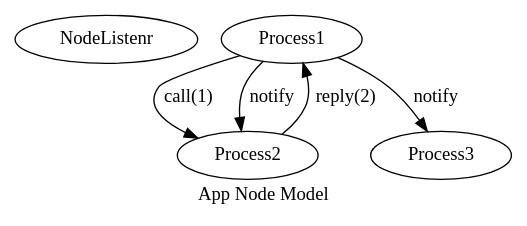
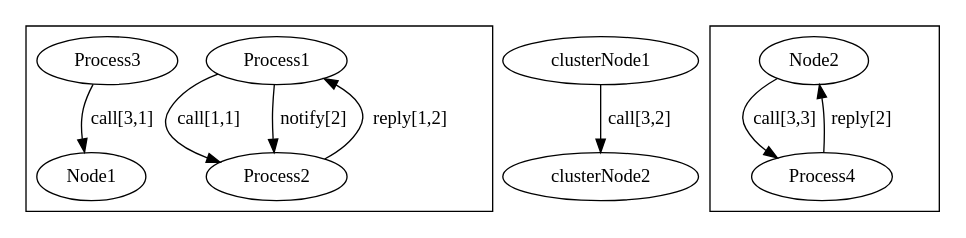
The diagram in doc/node.dot (hycxa/gommo), drawn with Graphviz before and after one commit.

Commit message:
node.dot

```diff
--- a/doc/node.dot
+++ b/doc/node.dot
@@ -1,35 +1,28 @@
 digraph G {
-	graph [label="App Node Model"];
+	//graph [label="App Node Model"];
 	//node [colorscheme=rdbu11 fontsize=12];
 	//edge [colorscheme=rdbu11 fontsize=12];
+	//
+	subgraph clusterNode1 {
 
-	NodeListenr
+		Process1 -> Process2 [label="call[1,1]"]
 
-	//Process1 -- Process2 -- Process3 -- Process1
+		Process2 -> Process1 [label="reply[1,2]"]
 
+		Process1 -> Process2 [label="notify[2]"]
 
-	subgraph Process1 {
-		graph [label = "Process1\n(goroutine)"]
+		Process3 -> Node1 [label="call[3,1]"]
+	}
+	
+
+	clusterNode1 -> clusterNode2 [label="call[3,2]"]
+
+	subgraph clusterNode2 {
+
+		Node2 -> Process4 [label="call[3,3]"]
+
+		Process4 -> Node2 [label="reply[2]"]
 
 	}
 
-	Process1 -> Process2 [label="call(1)"]
-
-	Process2 -> Process1 [label="reply(2)"]
-
-	Process1 -> Process2 [label="notify"]
-
-	Process1 -> Process3 [label="notify"]
-
-	subgraph Process2 {
-		graph [label = "Process2\n(goroutine)"]
-
-
-	}
-
-	subgraph Process3 {
-		graph [label = "Process3\n(goroutine)"]
-	}
-
-
 }
```
